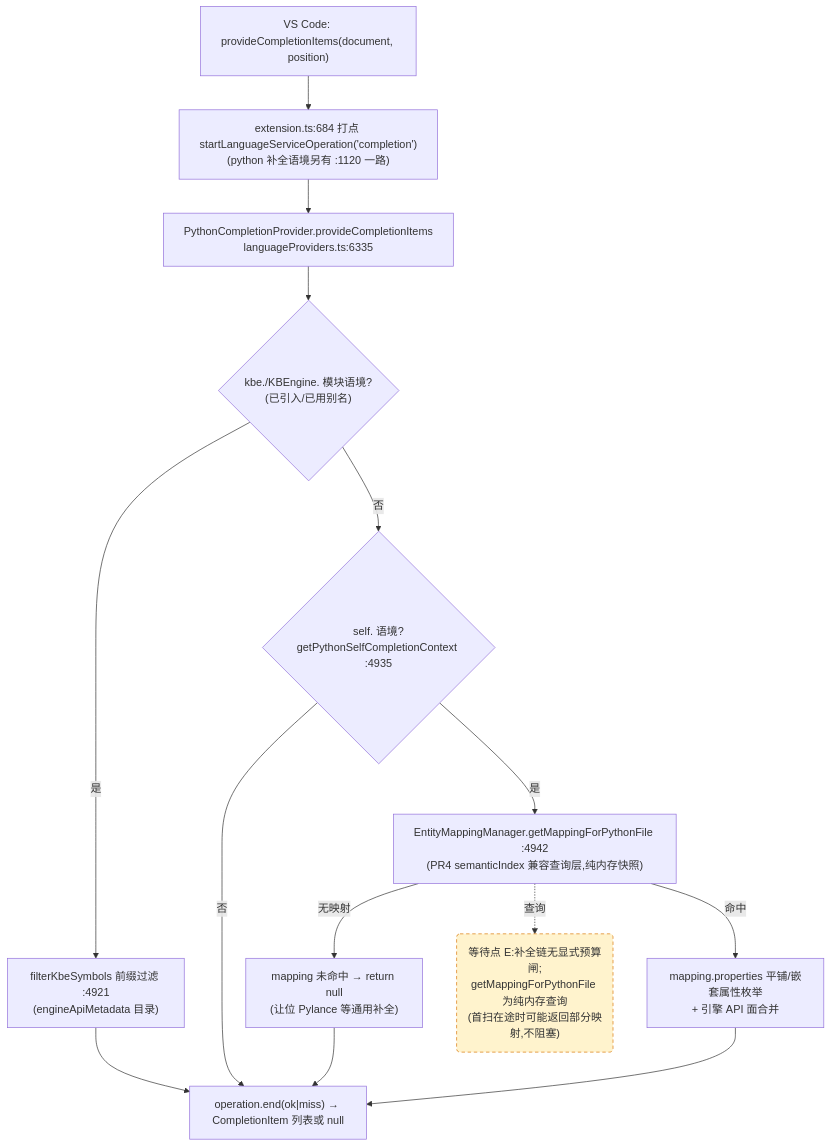
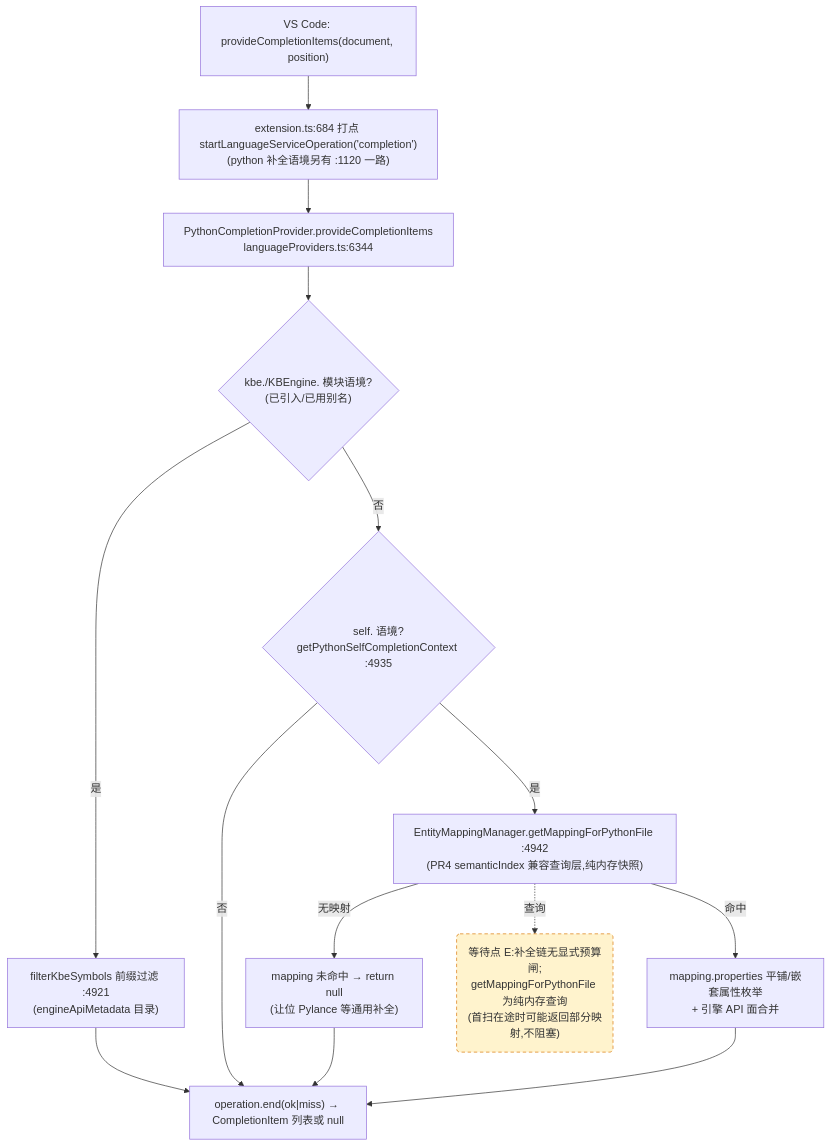
One commit to cuihairu/kode changed the third of 4 diagrams in docs/perf/2026-baseline.md. Above: the diagram before and after it, drawn with Mermaid. The commit also changed other lines of this file and 6 other files, not shown here.

````diff
--- a/docs/perf/2026-baseline.md
+++ b/docs/perf/2026-baseline.md
@@ -184,27 +184,27 @@
 ```mermaid
 flowchart TD
   VC3["VS Code: provideCompletionItems(document, position)"]
   M3["extension.ts:684 打点 startLanguageServiceOperation('completion')<br/>(python 补全语境另有 :1120 一路)"]
-  CP["PythonCompletionProvider.provideCompletionItems<br/>languageProviders.ts:6335"]
+  CP["PythonCompletionProvider.provideCompletionItems<br/>languageProviders.ts:6344"]
   KBEC{"kbe./KBEngine. 模块语境?<br/>(已引入/已用别名)"}
   FILTER["filterKbeSymbols 前缀过滤 :4921<br/>(engineApiMetadata 目录)"]
   SELFC{"self. 语境?<br/>getPythonSelfCompletionContext :4935"}
   MAP["EntityMappingManager.getMappingForPythonFile :4942<br/>(PR4 semanticIndex 兼容查询层,纯内存快照)"]
   NOMAP["mapping 未命中 → return null<br/>(让位 Pylance 等通用补全)"]
   PROPS["mapping.properties 平铺/嵌套属性枚举<br/>+ 引擎 API 面合并"]
   END3["operation.end(ok|miss) → CompletionItem 列表或 null"]
 
   VC3 --> M3 --> CP --> KBEC
   KBEC -- "是" --> FILTER --> END3
   KBEC -- "否" --> SELFC
   SELFC -- "否" --> END3
   SELFC -- "是" --> MAP
   MAP -- "无映射" --> NOMAP --> END3
   MAP -- "命中" --> PROPS --> END3
 
   WAITE("等待点 E:补全链无显式预算闸;<br/>getMappingForPythonFile 为纯内存查询<br/>(首扫在途时可能返回部分映射,不阻塞)")
   MAP -.->|查询| WAITE
 
   classDef waitPoint fill:#fff3cd,stroke:#d97706,stroke-dasharray:5 4;
   class WAITE waitPoint;
 ```
````
